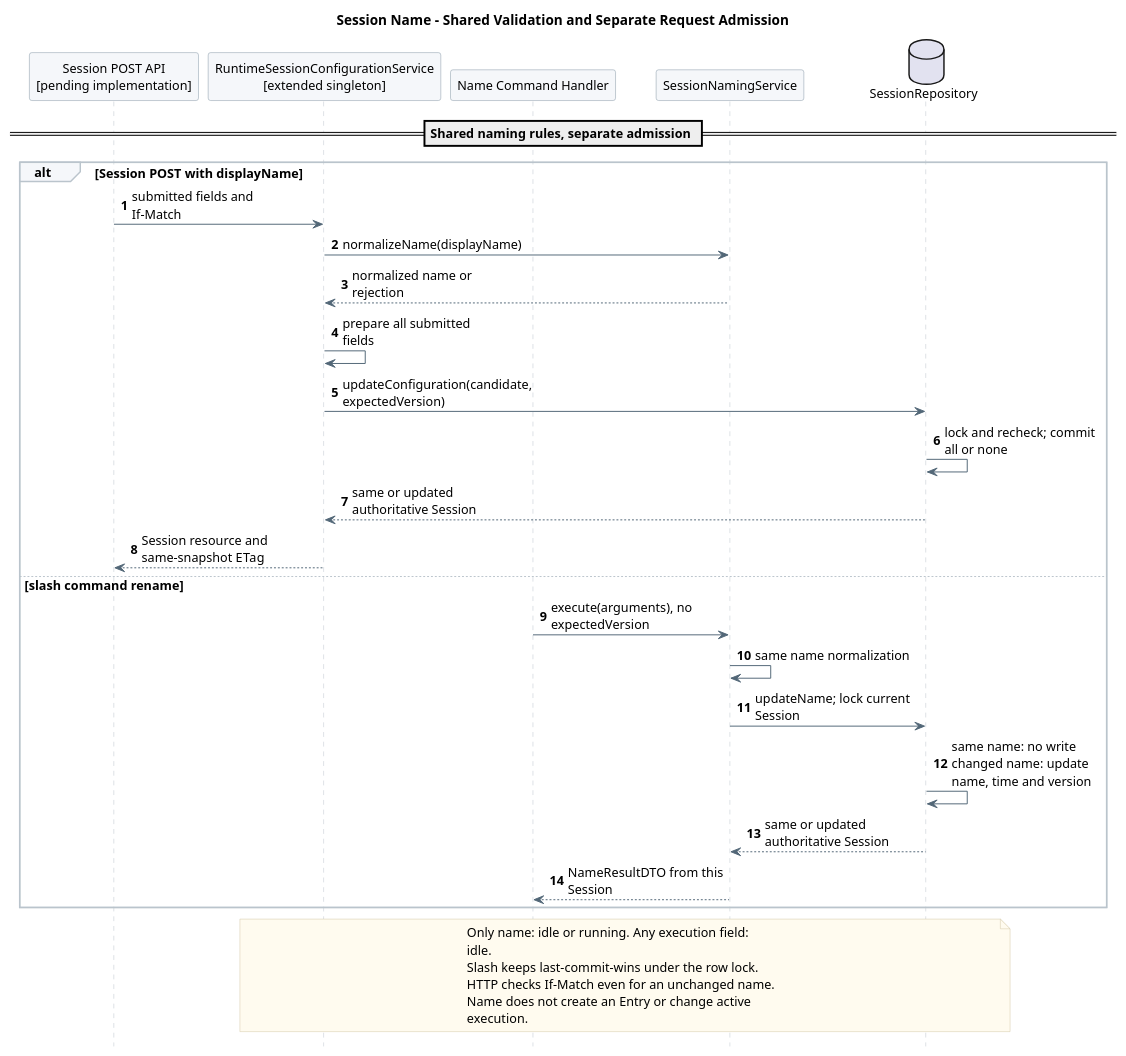
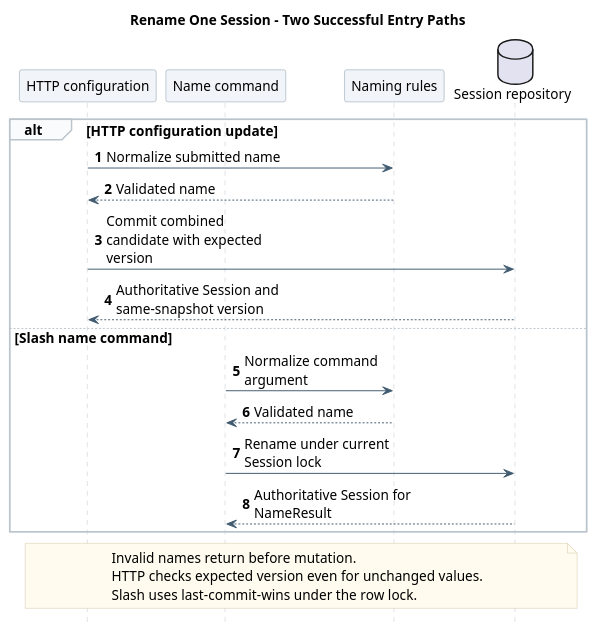
The second of 3 diagrams in 04-命令与技能/01-内置命令/设计图/diagram.puml (ssm0808/pi-mono-java-design), drawn with PlantUML before and after one commit. The commit also changed other lines of this file and 120 other files, not shown here.

Commit message:
docs(diagrams): 统一全仓职责级时序图表达与校验

```diff
--- a/04-命令与技能/01-内置命令/设计图/diagram.puml
+++ b/04-命令与技能/01-内置命令/设计图/diagram.puml
@@ -61,57 +61,48 @@
 @startuml session_name_update
-skinparam backgroundColor white
-skinparam defaultFontName SansSerif
-skinparam defaultFontSize 13
-skinparam shadowing false
-skinparam sequenceMessageAlign left
-skinparam maxMessageSize 165
-skinparam sequenceArrowColor #526777
-skinparam sequenceLifeLineBorderColor #BAC4CC
-skinparam sequenceParticipantBackgroundColor #F5F7FA
-skinparam sequenceParticipantBorderColor #8496A4
-skinparam sequenceGroupBackgroundColor #F5F7FA
-skinparam sequenceGroupBorderColor #BAC4CC
-skinparam noteBackgroundColor #FFFBEF
-skinparam noteBorderColor #D2C6A5
-hide footbox
-autonumber
-title Session Name - Shared Validation and Separate Request Admission
 ' Source evidence: pi-mono-java@09b32d8ea4a4b43b34be302d8b2745bdc417c9a2.
 ' modules/coding-agent-cli/src/main/java/com/campusclaw/codingagent/runtimeapi/service/command/SessionNamingService.java :: execute, normalizeName.
 ' modules/coding-agent-cli/src/main/java/com/campusclaw/codingagent/runtimeapi/session/RuntimeSessionConfigurationService.java :: requireMutableSession.
 ' modules/coding-agent-cli/src/main/java/com/campusclaw/codingagent/runtimeapi/persistence/RuntimeSessionRepository.java :: updateName.
 ' Observed behavior: slash name owns an independent row-locked update with no expected version.
 ' Pending implementation architecture: Session POST reuses normalization and commits a combined candidate.
 ' Design reason: shared name rules do not require HTTP to call a separately committing command.
-participant "Session POST API\n[pending implementation]" as API
-participant "RuntimeSessionConfigurationService\n[extended singleton]" as App
-participant "Name Command Handler" as Handler
-participant SessionNamingService as Service
-database SessionRepository as Repo
-== Shared naming rules, separate admission ==
-alt Session POST with displayName
-  API -> App : submitted fields and If-Match
-  App -> Service : normalizeName(displayName)
-  Service --> App : normalized name or rejection
-  App -> App : prepare all submitted fields
-  App -> Repo : updateConfiguration(candidate, expectedVersion)
-  Repo -> Repo : lock and recheck; commit all or none
-  Repo --> App : same or updated authoritative Session
-  App --> API : Session resource and same-snapshot ETag
-else slash command rename
-  Handler -> Service : execute(arguments), no expectedVersion
-  Service -> Service : same name normalization
-  Service -> Repo : updateName; lock current Session
-  Repo -> Repo : same name: no write\nchanged name: update name, time and version
-  Repo --> Service : same or updated authoritative Session
-  Service --> Handler : NameResultDTO from this Session
+' Presentation: one responsibility-level scenario; implementation details remain in the linked document.
+skinparam backgroundColor white
+skinparam defaultFontName SansSerif
+skinparam defaultFontSize 14
+skinparam shadowing false
+skinparam sequenceMessageAlign left
+skinparam maxMessageSize 180
+skinparam sequenceArrowColor #425B70
+skinparam sequenceLifeLineBorderColor #BAC4CC
+skinparam sequenceParticipantBackgroundColor #F1F5F9
+skinparam sequenceParticipantBorderColor #8496A4
+skinparam sequenceGroupBackgroundColor #FAFBFC
+skinparam sequenceGroupBorderColor #BAC4CC
+skinparam noteBackgroundColor #FFFBEF
+skinparam noteBorderColor #D2C6A5
+hide footbox
+autonumber
+
+title Rename One Session - Two Successful Entry Paths
+participant "HTTP configuration" as API
+participant "Name command" as Command
+participant "Naming rules" as Rules
+database "Session repository" as Repo
+alt HTTP configuration update
+  API -> Rules : Normalize submitted name
+  Rules --> API : Validated name
+  API -> Repo : Commit combined candidate with expected version
+  Repo --> API : Authoritative Session and same-snapshot version
+else Slash name command
+  Command -> Rules : Normalize command argument
+  Rules --> Command : Validated name
+  Command -> Repo : Rename under current Session lock
+  Repo --> Command : Authoritative Session for NameResult
 end
-note over App,Repo
-  Only name: idle or running. Any execution field:
-  idle.
-  Slash keeps last-commit-wins under the row lock.
-  HTTP checks If-Match even for an unchanged name.
-  Name does not create an Entry or change active
-  execution.
+note over API,Repo
+  Invalid names return before mutation.
+  HTTP checks expected version even for unchanged values.
+  Slash uses last-commit-wins under the row lock.
 end note
 @enduml
```
